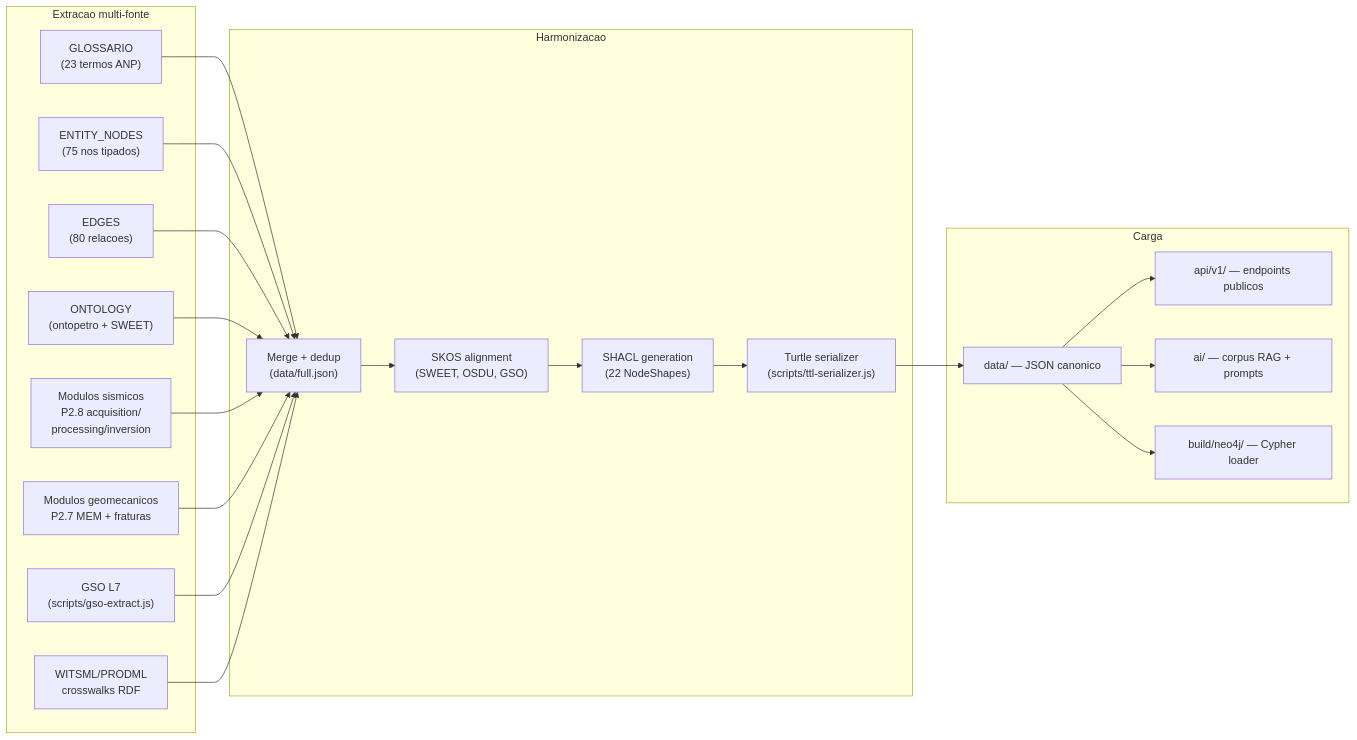
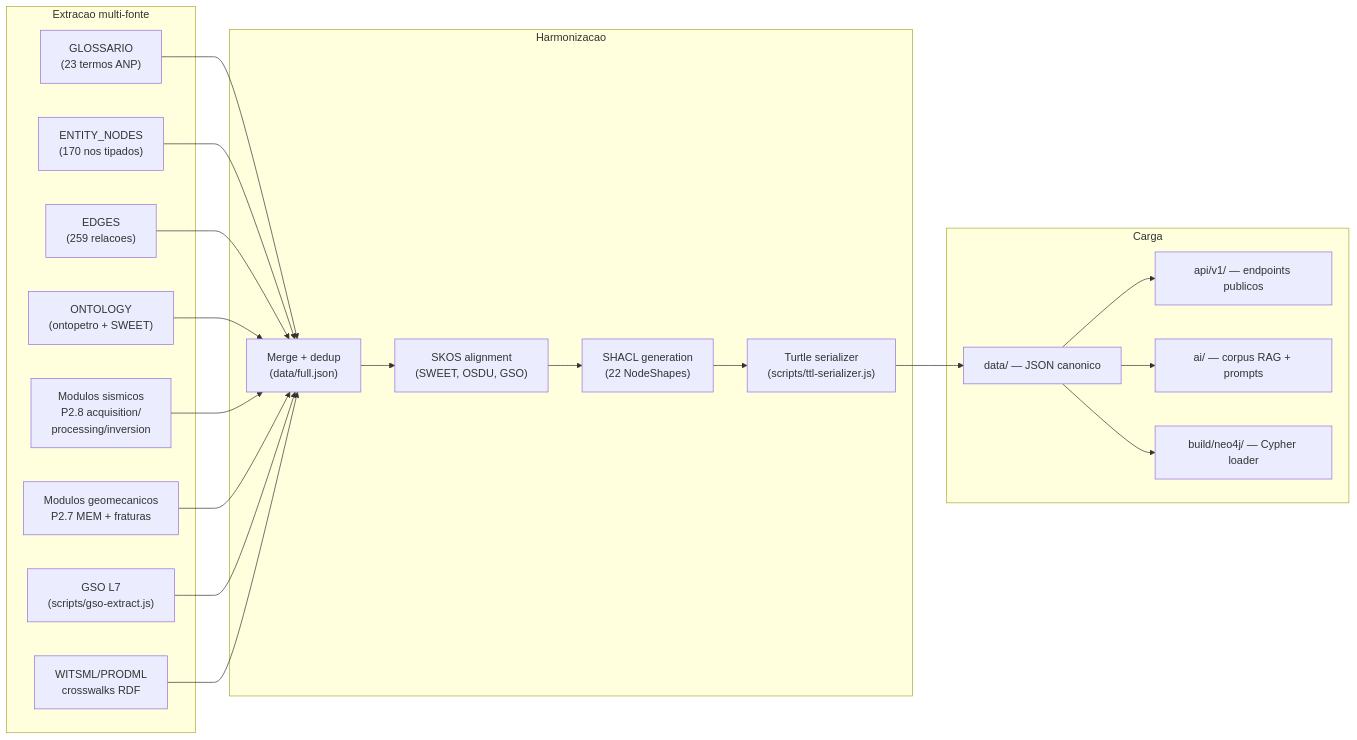
The second of 4 diagrams in docs/ARCHITECTURE.md (thiagoflc/geolytics-dictionary), drawn with Mermaid before and after one commit. The commit also changed other lines of this file and 27 other files, not shown here.

````diff
--- a/docs/ARCHITECTURE.md
+++ b/docs/ARCHITECTURE.md
@@ -50,34 +50,34 @@
 ```mermaid
 graph LR
     subgraph Extracao["Extracao multi-fonte"]
         S1["GLOSSARIO<br/>(23 termos ANP)"]
-        S2["ENTITY_NODES<br/>(75 nos tipados)"]
-        S3["EDGES<br/>(80 relacoes)"]
+        S2["ENTITY_NODES<br/>(170 nos tipados)"]
+        S3["EDGES<br/>(259 relacoes)"]
         S4["ONTOLOGY<br/>(ontopetro + SWEET)"]
         S5["Modulos sismicos<br/>P2.8 acquisition/<br/>processing/inversion"]
         S6["Modulos geomecanicos<br/>P2.7 MEM + fraturas"]
         S7["GSO L7<br/>(scripts/gso-extract.js)"]
         S8["WITSML/PRODML<br/>crosswalks RDF"]
     end
 
     subgraph Harmonizacao["Harmonizacao"]
         H1["Merge + dedup<br/>(data/full.json)"]
         H2["SKOS alignment<br/>(SWEET, OSDU, GSO)"]
         H3["SHACL generation<br/>(22 NodeShapes)"]
         H4["Turtle serializer<br/>(scripts/ttl-serializer.js)"]
     end
 
     subgraph Carga["Carga"]
         C1["data/ — JSON canonico"]
         C2["api/v1/ — endpoints publicos"]
         C3["ai/ — corpus RAG + prompts"]
         C4["build/neo4j/ — Cypher loader"]
     end
 
     S1 & S2 & S3 & S4 & S5 & S6 & S7 & S8 --> H1
     H1 --> H2 --> H3 --> H4
     H4 --> C1
     C1 --> C2
     C1 --> C3
     C1 --> C4
 ```
````
